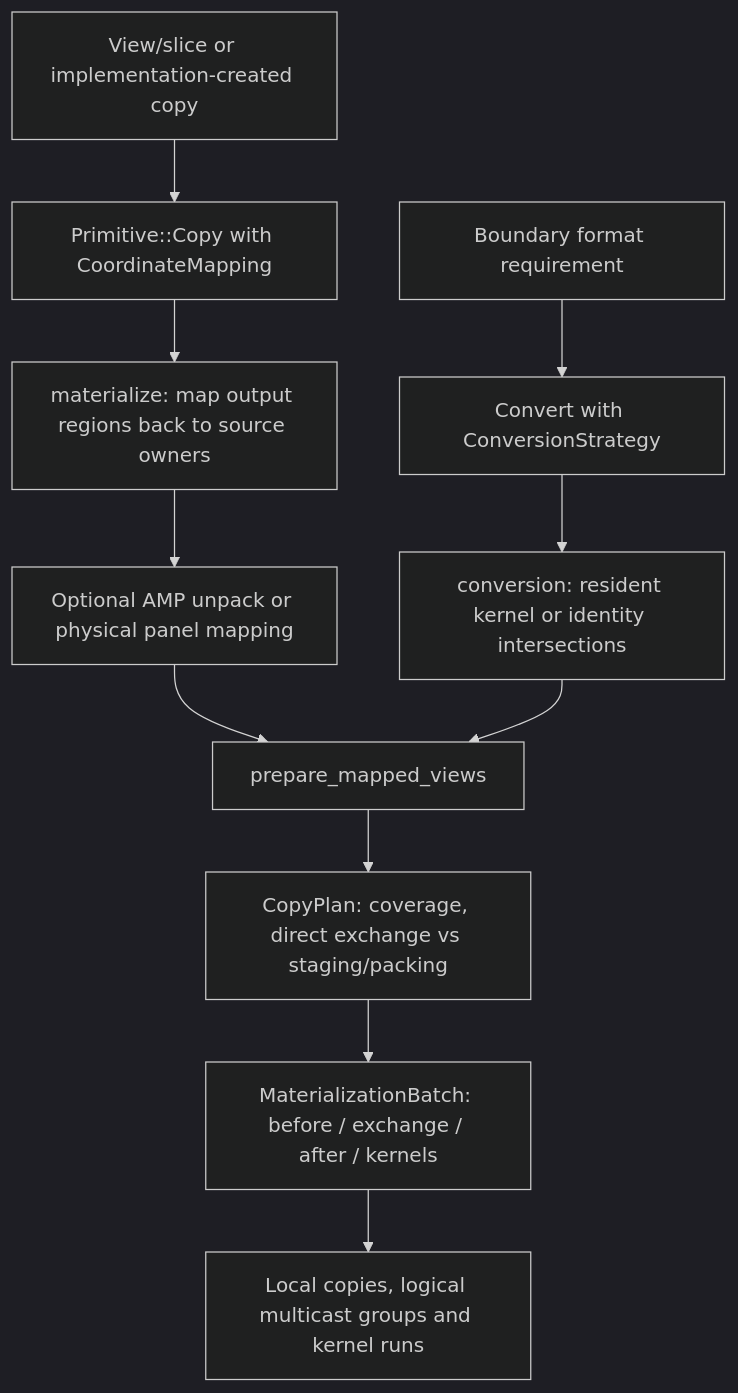
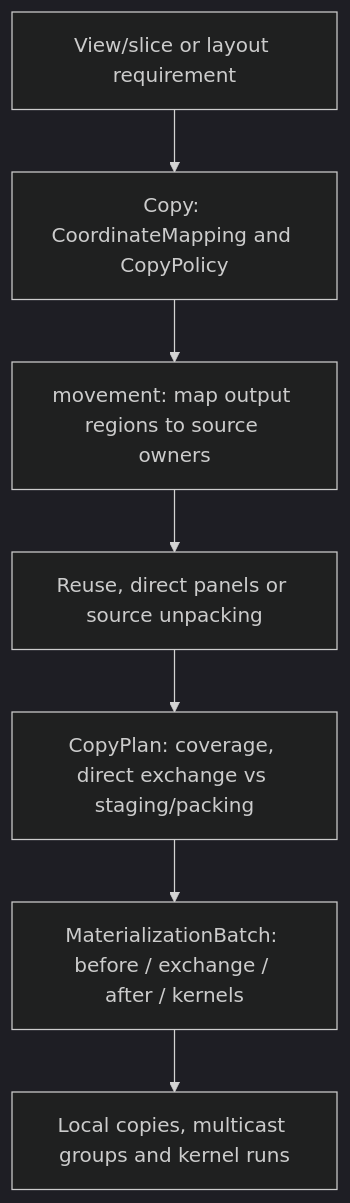
The third of 3 diagrams in docs/COMPILER_DATA_FLOW.md (osmarks/ipu-stack), drawn with Mermaid (dark theme) before and after one commit. The commit also changed other lines of this file and 40 other files, not shown here.

````diff
--- a/docs/COMPILER_DATA_FLOW.md
+++ b/docs/COMPILER_DATA_FLOW.md
@@ -174,13 +174,9 @@
 ```mermaid
 flowchart TD
-  V[View/slice or implementation-created copy] --> C[Primitive::Copy with CoordinateMapping]
-  F[Boundary format requirement] --> CV[Convert with ConversionStrategy]
-  C --> MP[materialize: map output regions back to source owners]
-  CV --> CP[conversion: resident kernel or identity intersections]
-  MP --> U[Optional AMP unpack or physical panel mapping]
-  U --> B[prepare_mapped_views]
-  CP --> B
-  B --> P[CopyPlan: coverage, direct exchange vs staging/packing]
+  V[View/slice or layout requirement] --> C[Copy: CoordinateMapping and CopyPolicy]
+  C --> M[movement: map output regions to source owners]
+  M --> U[Reuse, direct panels or source unpacking]
+  U --> P[CopyPlan: coverage, direct exchange vs staging/packing]
   P --> Q[MaterializationBatch: before / exchange / after / kernels]
-  Q --> X[Local copies, logical multicast groups and kernel runs]
+  Q --> X[Local copies, multicast groups and kernel runs]
 ```
````
